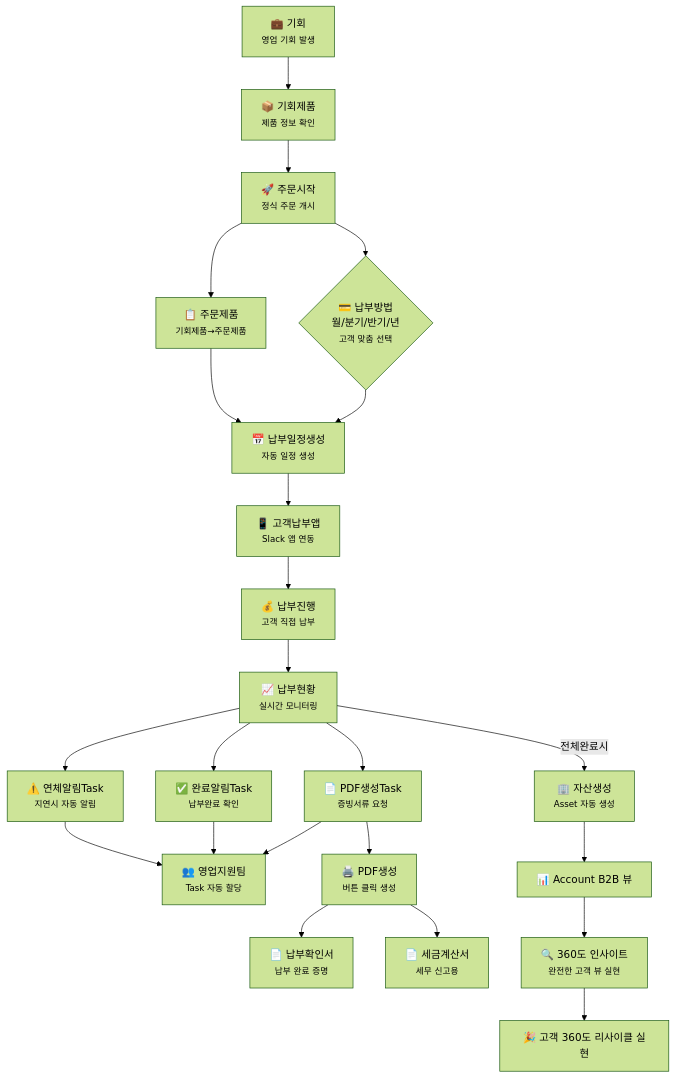
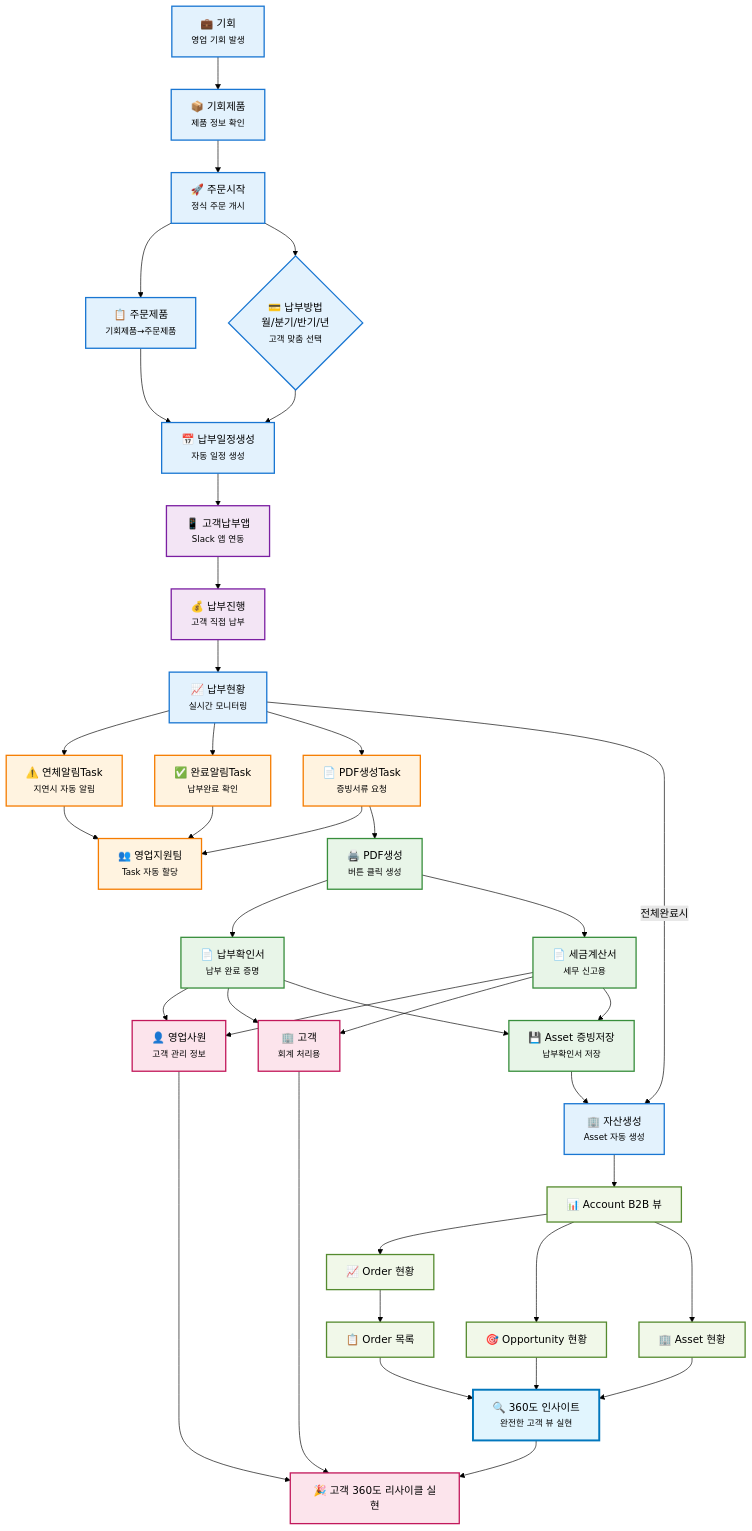
One commit to MoonJH-2/MainOrgProject changed the third of 3 diagrams in README.md. Above: the diagram before and after it, drawn with Mermaid (forest theme).

Commit message:
feat: 완전한 SOCAR B2B 프로세스 플로우차트로 README.md 업데이트
- 전체 비즈니스 프로세스 맵 완성
- PDF 생성 후 영업사원/고객/Asset 증빙저장 분기 추가
- B2B 뷰 상세 구조 (Order/Opportunity/Asset 현황) 구현
- 7개 카테고리별 색상 스타일링 적용
- 360도 고객 리사이클 순환 구조 완성

````diff
--- a/README.md
+++ b/README.md
@@ -101,10 +101,68 @@
     O --> P["📄 납부확인서<br><small>납부 완료 증명</small>"]
     O --> Q["📄 세금계산서<br><small>세무 신고용</small>"]
     
+    P --> R["👤 영업사원<br><small>고객 관리 정보</small>"]
+    P --> S["🏢 고객<br><small>회계 처리용</small>"]
+    P --> AssetDoc["💾 Asset 증빙저장<br><small>납부확인서 저장</small>"]
+    
+    Q --> R
+    Q --> S
+    Q --> AssetDoc
+    
     I --> |전체완료시| N["🏢 자산생성<br><small>Asset 자동 생성</small>"]
+    AssetDoc --> N
     
     N --> AccountB2B["📊 Account B2B 뷰"]
-    AccountB2B --> Insight360["🔍 360도 인사이트<br><small>완전한 고객 뷰 실현</small>"]
     
-    Insight360 --> T["🎉 고객 360도 리사이클 실현"]
+    AccountB2B --> OrderStatus["📈 Order 현황"]
+    AccountB2B --> OpportunityStatus["🎯 Opportunity 현황"]
+    AccountB2B --> AssetStatus["🏢 Asset 현황"]
+    
+    OrderStatus --> OrderList["📋 Order 목록"]
+    OrderList --> Insight360["🔍 360도 인사이트<br><small>완전한 고객 뷰 실현</small>"]
+    
+    OpportunityStatus --> Insight360
+    AssetStatus --> Insight360
+    
+    R --> T["🎉 고객 360도 리사이클 실현"]
+    S --> T
+    Insight360 --> T
+    
+    %% 스타일 정의
+    A:::main
+    B:::main
+    C:::main
+    D:::main
+    E:::main
+    F:::main
+    G:::customer
+    H:::customer
+    I:::main
+    J:::task
+    K:::task
+    L:::task
+    M:::task
+    O:::pdf
+    N:::main
+    P:::pdf
+    Q:::pdf
+    R:::people
+    S:::people
+    AssetDoc:::pdf
+    AccountB2B:::b2b
+    OrderStatus:::b2b
+    OpportunityStatus:::b2b
+    AssetStatus:::b2b
+    OrderList:::b2b
+    Insight360:::insight
+    T:::people
+    
+    %% 클래스 스타일 정의
+    classDef main fill:#e3f2fd,stroke:#1976d2,stroke-width:2px
+    classDef customer fill:#f3e5f5,stroke:#7b1fa2,stroke-width:2px
+    classDef task fill:#fff3e0,stroke:#f57c00,stroke-width:2px
+    classDef pdf fill:#e8f5e8,stroke:#388e3c,stroke-width:2px
+    classDef people fill:#fce4ec,stroke:#c2185b,stroke-width:2px
+    classDef b2b fill:#f1f8e9,stroke:#558b2f,stroke-width:2px
+    classDef insight fill:#e1f5fe,stroke:#0277bd,stroke-width:3px
 ```
````
